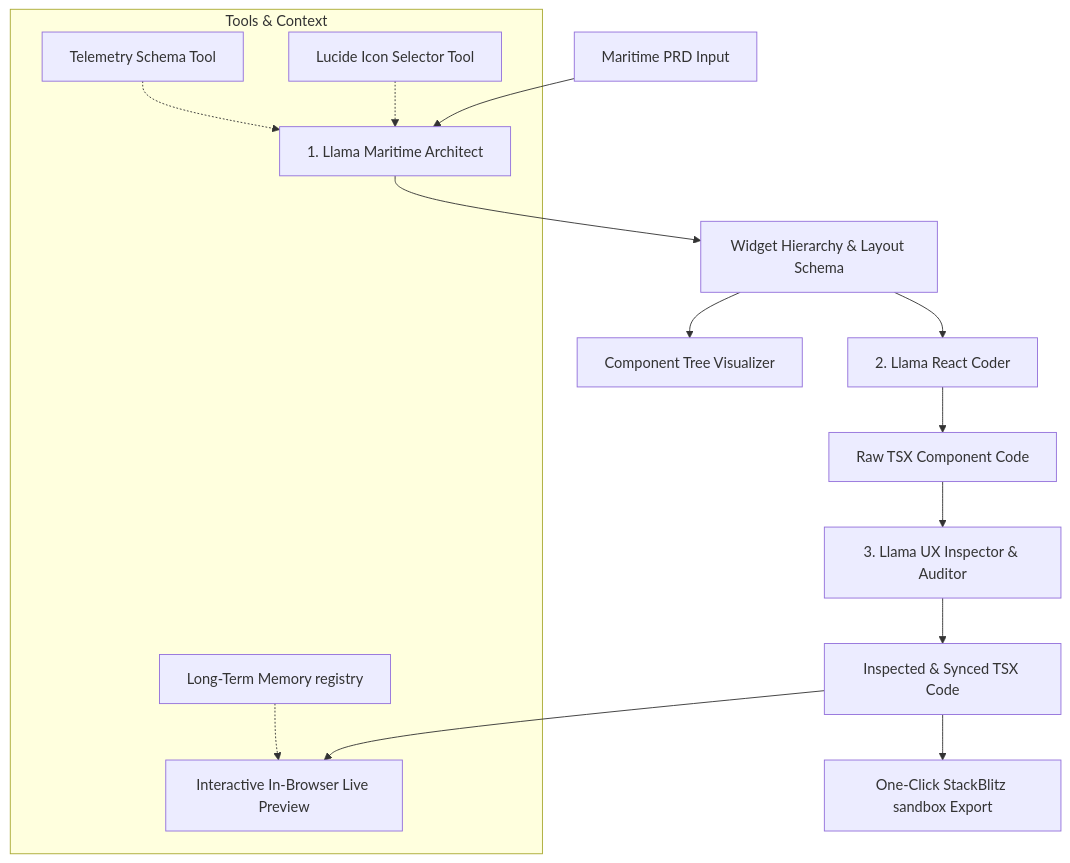
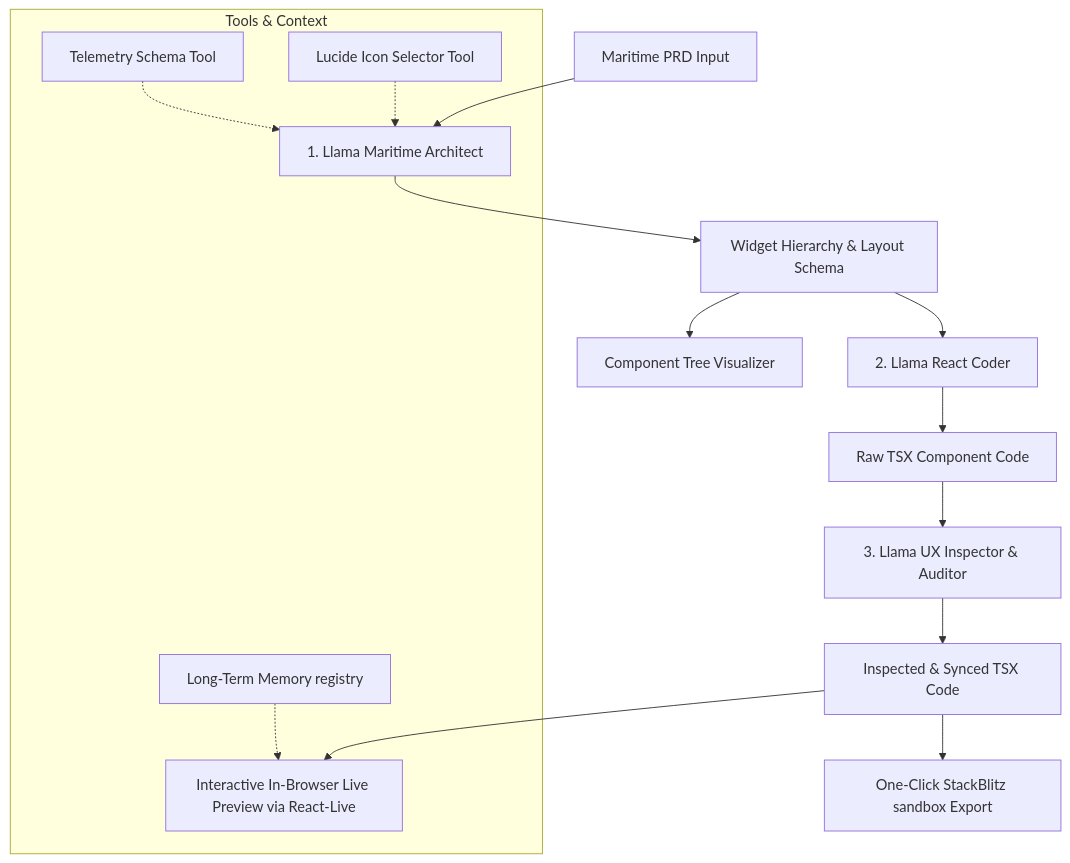
Before and after one commit to jobinjoe/thinkpalm-agent_ai-bridge_view_ai: the diagram in README.md, drawn with Mermaid. The commit also changed other lines of this file and 5 other files, not shown here.

````diff
--- a/README.md
+++ b/README.md
@@ -28,18 +28,18 @@
 ```mermaid
 graph TD
     PRD[Maritime PRD Input] --> Arch[1. Llama Maritime Architect]
     Arch --> Schema[Widget Hierarchy & Layout Schema]
     Schema --> CTree[Component Tree Visualizer]
     Schema --> Coder[2. Llama React Coder]
     Coder --> CodeRaw[Raw TSX Component Code]
     CodeRaw --> Insp[3. Llama UX Inspector & Auditor]
     Insp --> CodeFinal[Inspected & Synced TSX Code]
-    CodeFinal --> LivePrev[Interactive In-Browser Live Preview]
+    CodeFinal --> LivePrev[Interactive In-Browser Live Preview via React-Live]
     CodeFinal --> StackBlitz[One-Click StackBlitz sandbox Export]
     
     subgraph Tools & Context
         SchemaTool[Telemetry Schema Tool] -.-> Arch
         IconTool[Lucide Icon Selector Tool] -.-> Arch
         Memory[Long-Term Memory registry] -.-> LivePrev
     end
 ```
````
